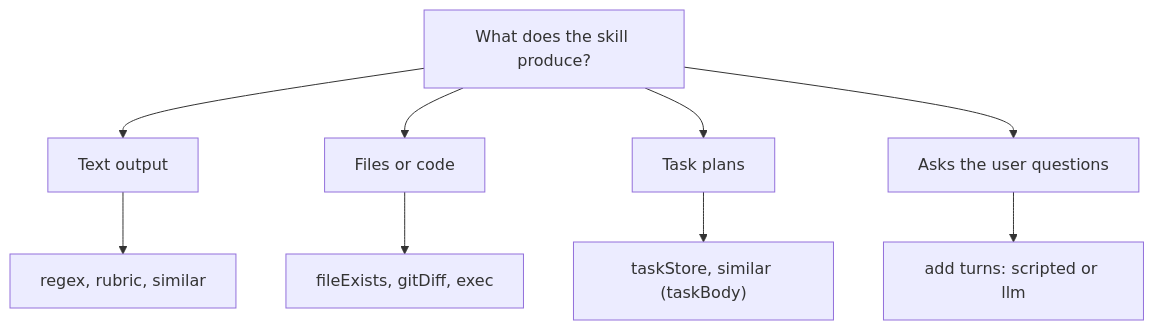
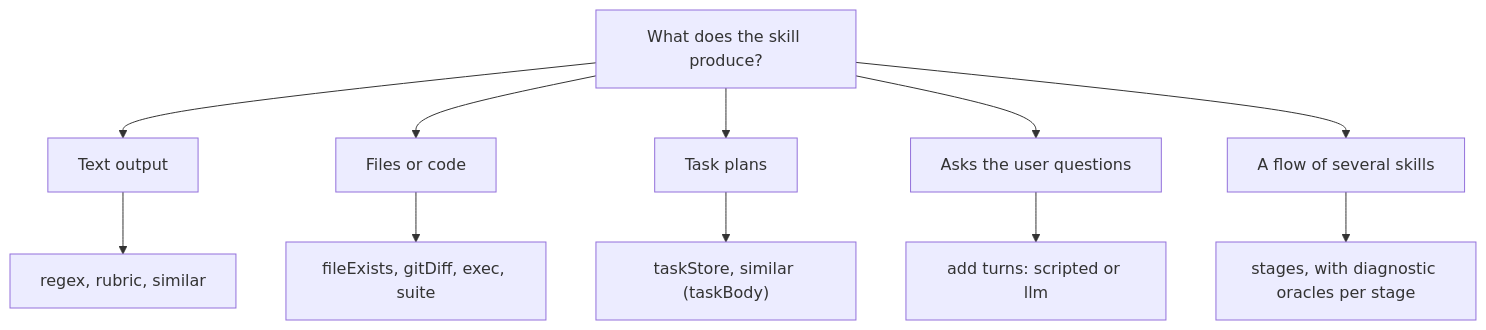
One commit to rse/ase changed the fourth of 4 diagrams in test/ARCHITECTURE.md. Above: the diagram before and after it, drawn with Mermaid. The commit also changed other lines of this file and 14 other files, not shown here.

````diff
--- a/test/ARCHITECTURE.md
+++ b/test/ARCHITECTURE.md
@@ -106,8 +107,9 @@
 ```mermaid
 flowchart TD
     Q["What does the skill produce?"]
     Q --> T["Text output"] --> T1["regex, rubric, similar"]
-    Q --> F["Files or code"] --> F1["fileExists, gitDiff, exec"]
+    Q --> F["Files or code"] --> F1["fileExists, gitDiff, exec, suite"]
     Q --> P["Task plans"] --> P1["taskStore, similar (taskBody)"]
     Q --> I["Asks the user questions"] --> I1["add turns: scripted or llm"]
+    Q --> S["A flow of several skills"] --> S1["stages, with diagnostic oracles per stage"]
 ```
````
